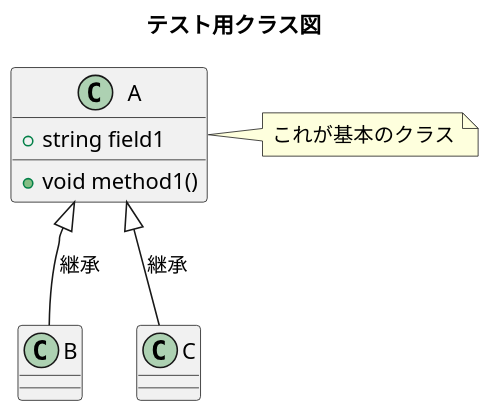
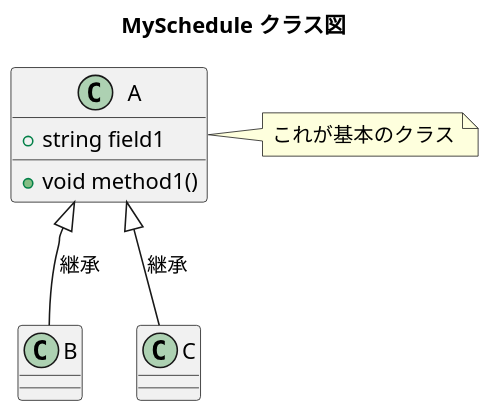
One commit to CA01971172/MySchedule changed the diagram in classUML.pu. Above: the diagram before and after it, drawn with PlantUML.

```diff
--- a/classUML.pu
+++ b/classUML.pu
@@ -1,17 +1,17 @@
-@startuml hoge
-title テスト用クラス図
+@startuml MySchedule
+title MySchedule クラス図
 skinparam dpi 150
 
 ' クラスAの定義
 class A {
   +string field1
   +void method1()
 }
 note right of A {
   これが基本のクラス
 }
 
 ' クラス間の関係
 A <|-- B : 継承
 A <|-- C : 継承
 @enduml
```
